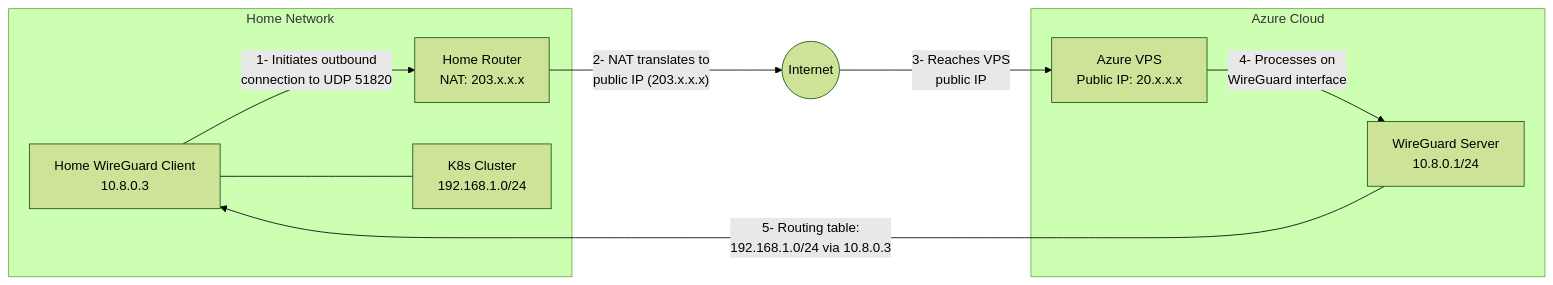
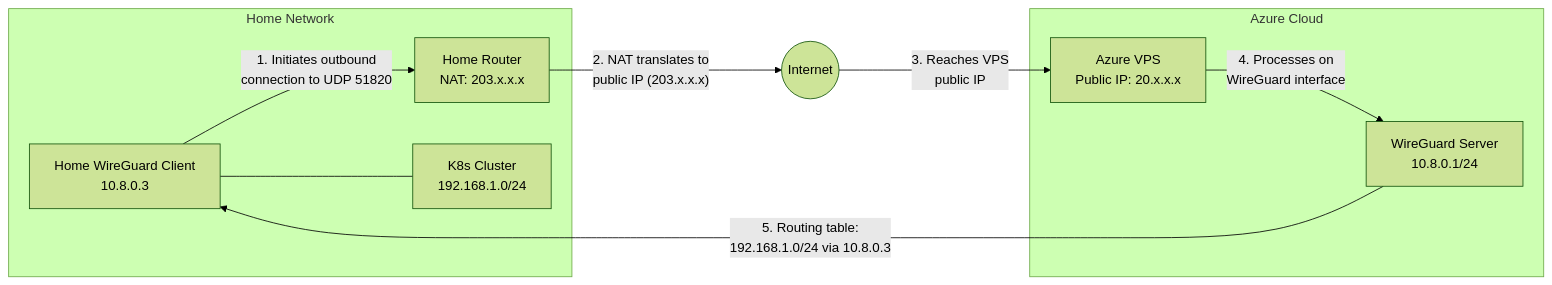
The first of 3 diagrams in plan.md (kpoxo6op/soyvps), drawn with Mermaid (forest theme) before and after one commit. The commit also changed other lines of this file, not shown here.

````diff
--- a/plan.md
+++ b/plan.md
@@ -235,22 +240,22 @@
 ```mermaid
 graph LR
     subgraph "Home Network"
         HomeWG["Home WireGuard Client<br>10.8.0.3"]
         Router["Home Router<br>NAT: 203.x.x.x"]
         K8s["K8s Cluster<br>192.168.1.0/24"]
     end
     
     subgraph "Azure Cloud"
         VPS["Azure VPS<br>Public IP: 20.x.x.x"]
         VPSWG["WireGuard Server<br>10.8.0.1/24"]
     end
     
-    HomeWG -- "1- Initiates outbound<br>connection to UDP 51820" --> Router
-    Router -- "2- NAT translates to<br>public IP (203.x.x.x)" --> Internet((Internet))
-    Internet -- "3- Reaches VPS<br>public IP" --> VPS
-    VPS -- "4- Processes on<br>WireGuard interface" --> VPSWG
+    HomeWG -- "1. Initiates outbound<br>connection to UDP 51820" --> Router
+    Router -- "2. NAT translates to<br>public IP (203.x.x.x)" --> Internet((Internet))
+    Internet -- "3. Reaches VPS<br>public IP" --> VPS
+    VPS -- "4. Processes on<br>WireGuard interface" --> VPSWG
     
     HomeWG --- K8s
     
-    VPSWG -- "5- Routing table:<br>192.168.1.0/24 via 10.8.0.3" --> HomeWG
+    VPSWG -- "5. Routing table:<br>192.168.1.0/24 via 10.8.0.3" --> HomeWG
 ```
````
